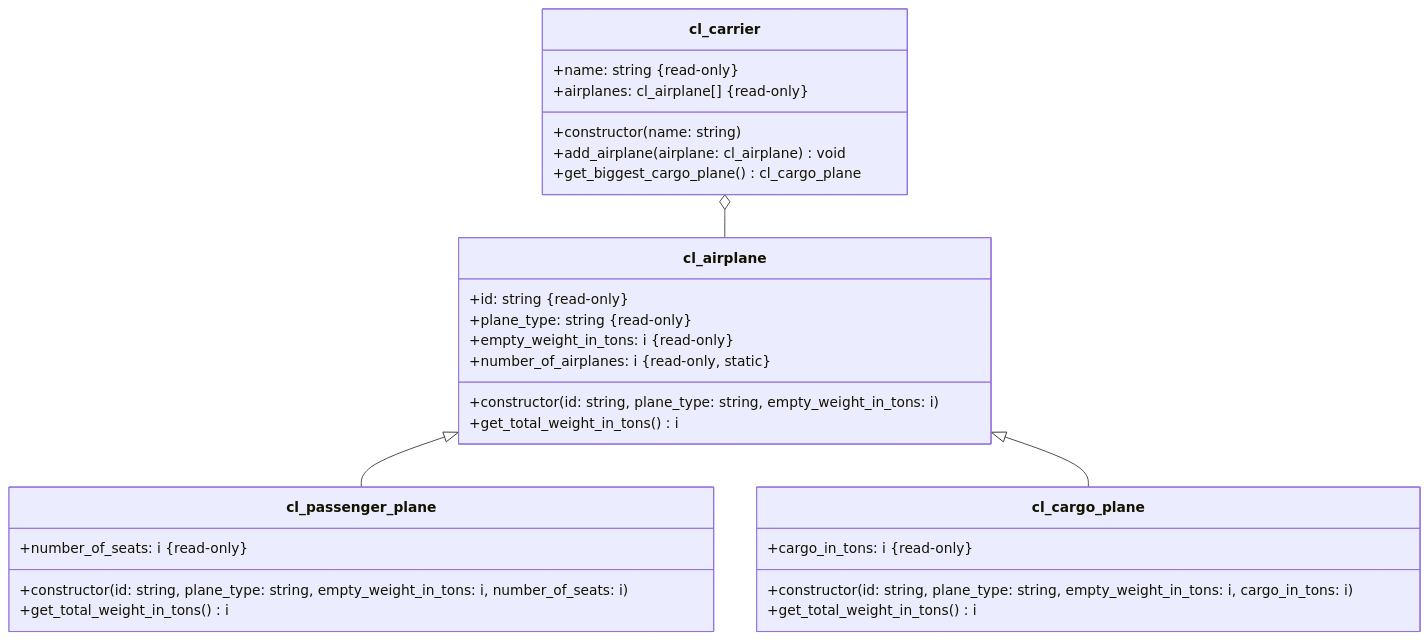
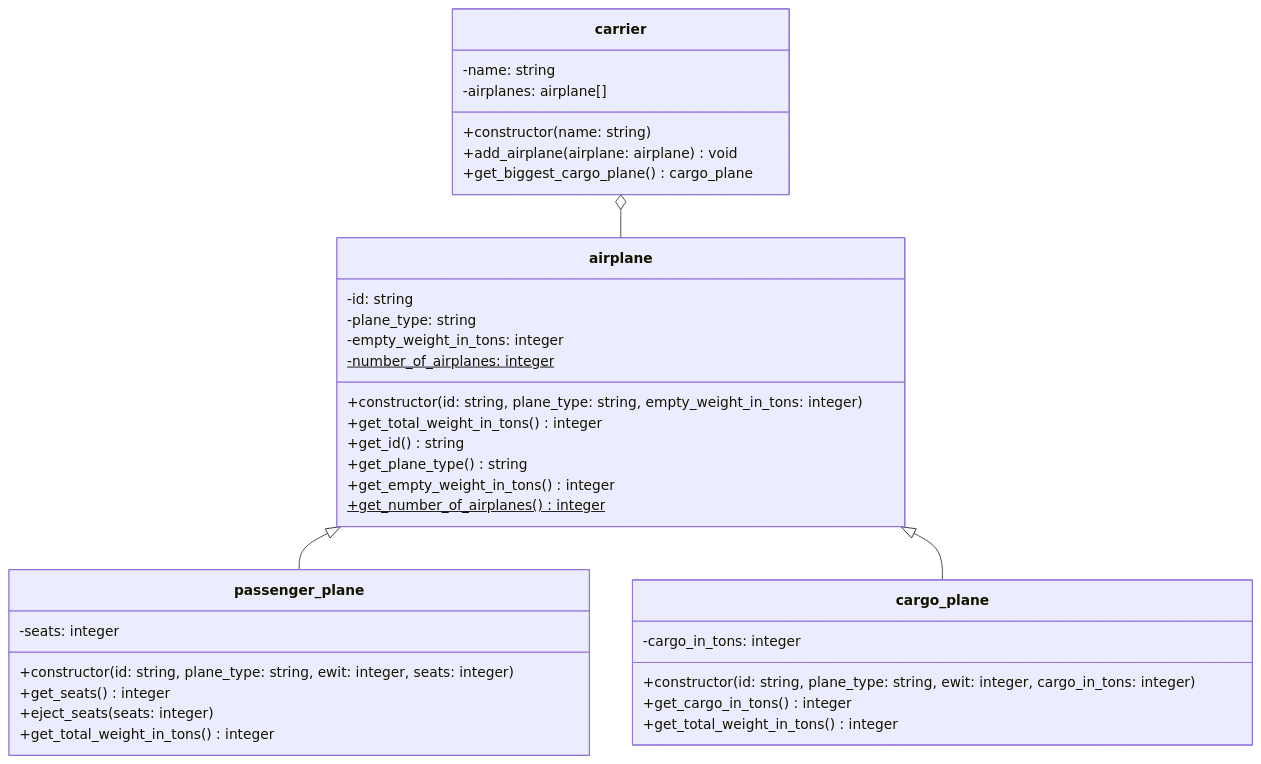
One commit to appenmaier/s4hana changed the diagram in docs/exercises/abap-objects/abap-objects-07.md. Above: the diagram before and after it, drawn with Mermaid. The commit also changed other lines of this file, not shown here.

````diff
--- a/docs/exercises/abap-objects/abap-objects-07.md
+++ b/docs/exercises/abap-objects/abap-objects-07.md
@@ -18,35 +18,42 @@
 ```mermaid
 classDiagram
-   cl_carrier o-- cl_airplane
-   cl_airplane <|-- cl_passenger_plane
-   cl_airplane <|-- cl_cargo_plane
+   carrier o-- airplane
+   airplane <|-- passenger_plane
+   airplane <|-- cargo_plane
 
-   class cl_airplane {
-      +id: string &#123read-only&#125
-      +plane_type: string &#123read-only&#125
-      +empty_weight_in_tons: i &#123read-only&#125
-      +number_of_airplanes: i &#123read-only, static&#125
-      +constructor(id: string, plane_type: string, empty_weight_in_tons: i)
-      +get_total_weight_in_tons() i
+   class airplane {
+      -id: string
+      -plane_type: string
+      -empty_weight_in_tons: integer
+      -number_of_airplanes: integer$
+      +constructor(id: string, plane_type: string, empty_weight_in_tons: integer)
+      +get_total_weight_in_tons() integer
+      +get_id() string
+      +get_plane_type() string
+      +get_empty_weight_in_tons() integer
+      +get_number_of_airplanes() integer$
    }
 
-   class cl_passenger_plane {
-      +number_of_seats: i &#123read-only&#125
-      +constructor(id: string, plane_type: string, empty_weight_in_tons: i, number_of_seats: i)
-      +get_total_weight_in_tons() i
+   class passenger_plane {
+      -seats: integer
+      +constructor(id: string, plane_type: string, ewit: integer, seats: integer)
+      +get_seats() integer
+      +eject_seats(seats: integer)
+      +get_total_weight_in_tons() integer
    }
 
-   class cl_cargo_plane {
-      +cargo_in_tons: i &#123read-only&#125
-      +constructor(id: string, plane_type: string, empty_weight_in_tons: i, cargo_in_tons: i)
-      +get_total_weight_in_tons() i
+   class cargo_plane {
+      -cargo_in_tons: integer
+      +constructor(id: string, plane_type: string, ewit: integer, cargo_in_tons: integer)
+      +get_cargo_in_tons() integer
+      +get_total_weight_in_tons() integer
    }
 
-   class cl_carrier {
-      +name: string &#123read-only&#125
-      +airplanes: cl_airplane[] &#123read-only&#125
+   class carrier {
+      -name: string
+      -airplanes: airplane[]
       +constructor(name: string)
-      +add_airplane(airplane: cl_airplane) void
-      +get_biggest_cargo_plane() cl_cargo_plane
+      +add_airplane(airplane: airplane) void
+      +get_biggest_cargo_plane() cargo_plane
    }
 ```
````
